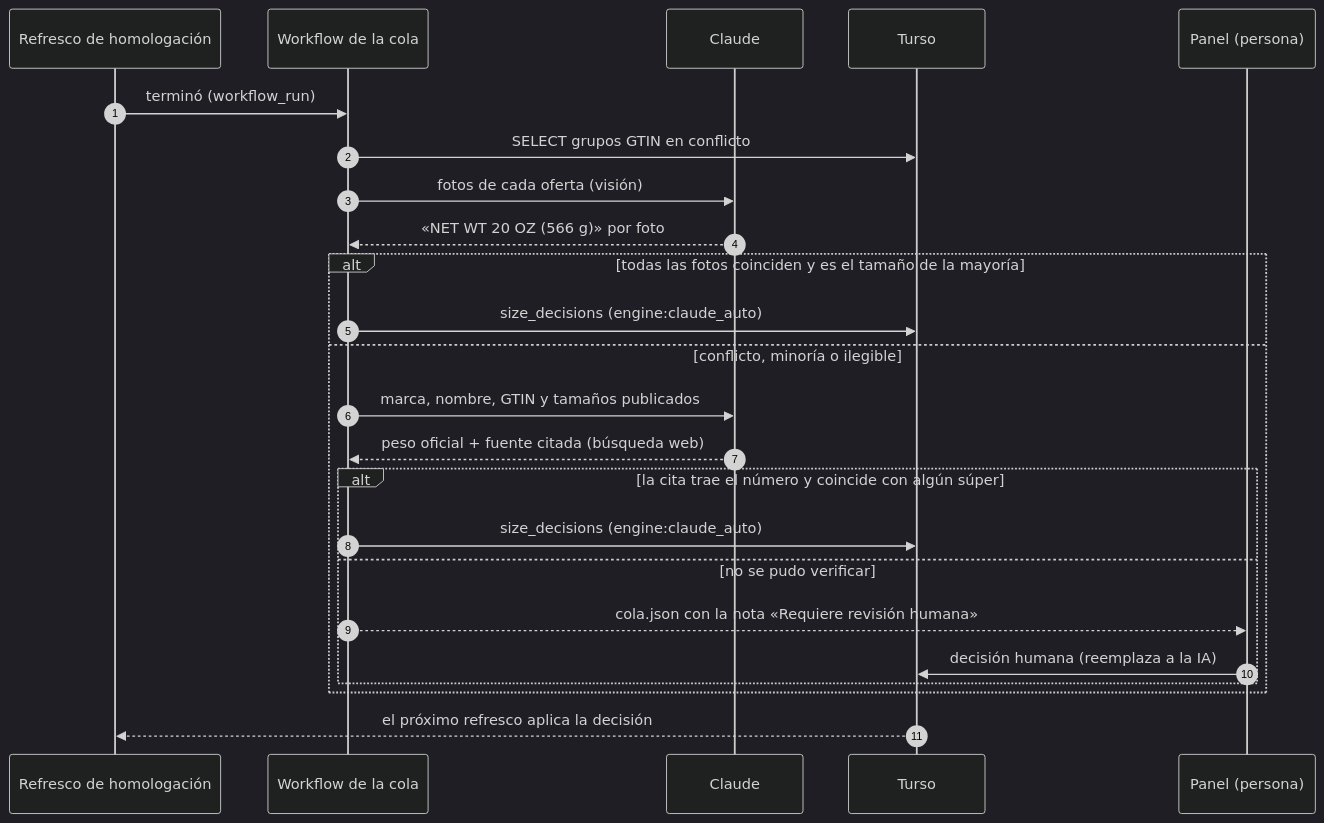
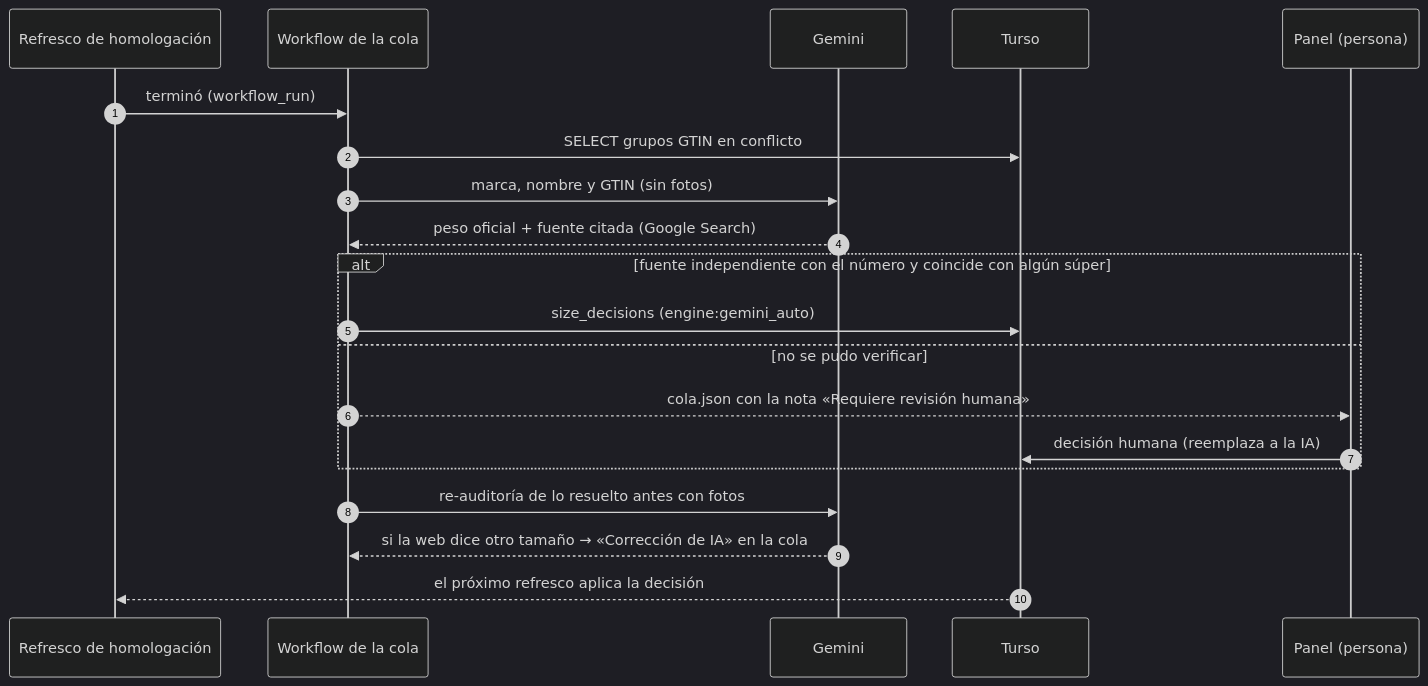
One commit to jchernandez-portfolio/precios-supermercados-sps changed the second of 3 diagrams in README.md. Above: the diagram before and after it, drawn with Mermaid (dark theme). The commit also changed other lines of this file and 13 other files, not shown here.

First line of the commit message:
[RPI] Búsqueda directa por GTIN con Gemini, sin fotos, y re-auditoría de lo resuelto por IA

````diff
--- a/README.md
+++ b/README.md
@@ -57,26 +57,22 @@
 ```mermaid
 sequenceDiagram
     autonumber
     participant R as Refresco de homologación
     participant C as Workflow de la cola
-    participant G as Claude
+    participant G as Gemini
     participant T as Turso
     participant P as Panel (persona)
     R->>C: terminó (workflow_run)
     C->>T: SELECT grupos GTIN en conflicto
-    C->>G: fotos de cada oferta (visión)
-    G-->>C: «NET WT 20 OZ (566 g)» por foto
-    alt todas las fotos coinciden y es el tamaño de la mayoría
-        C->>T: size_decisions (engine:claude_auto)
-    else conflicto, minoría o ilegible
-        C->>G: marca, nombre, GTIN y tamaños publicados
-        G-->>C: peso oficial + fuente citada (búsqueda web)
-        alt la cita trae el número y coincide con algún súper
-            C->>T: size_decisions (engine:claude_auto)
-        else no se pudo verificar
-            C-->>P: cola.json con la nota «Requiere revisión humana»
-            P->>T: decisión humana (reemplaza a la IA)
-        end
+    C->>G: marca, nombre y GTIN (sin fotos)
+    G-->>C: peso oficial + fuente citada (Google Search)
+    alt fuente independiente con el número y coincide con algún súper
+        C->>T: size_decisions (engine:gemini_auto)
+    else no se pudo verificar
+        C-->>P: cola.json con la nota «Requiere revisión humana»
+        P->>T: decisión humana (reemplaza a la IA)
     end
+    C->>G: re-auditoría de lo resuelto antes con fotos
+    G-->>C: si la web dice otro tamaño → «Corrección de IA» en la cola
     T-->>R: el próximo refresco aplica la decisión
 ```
````
